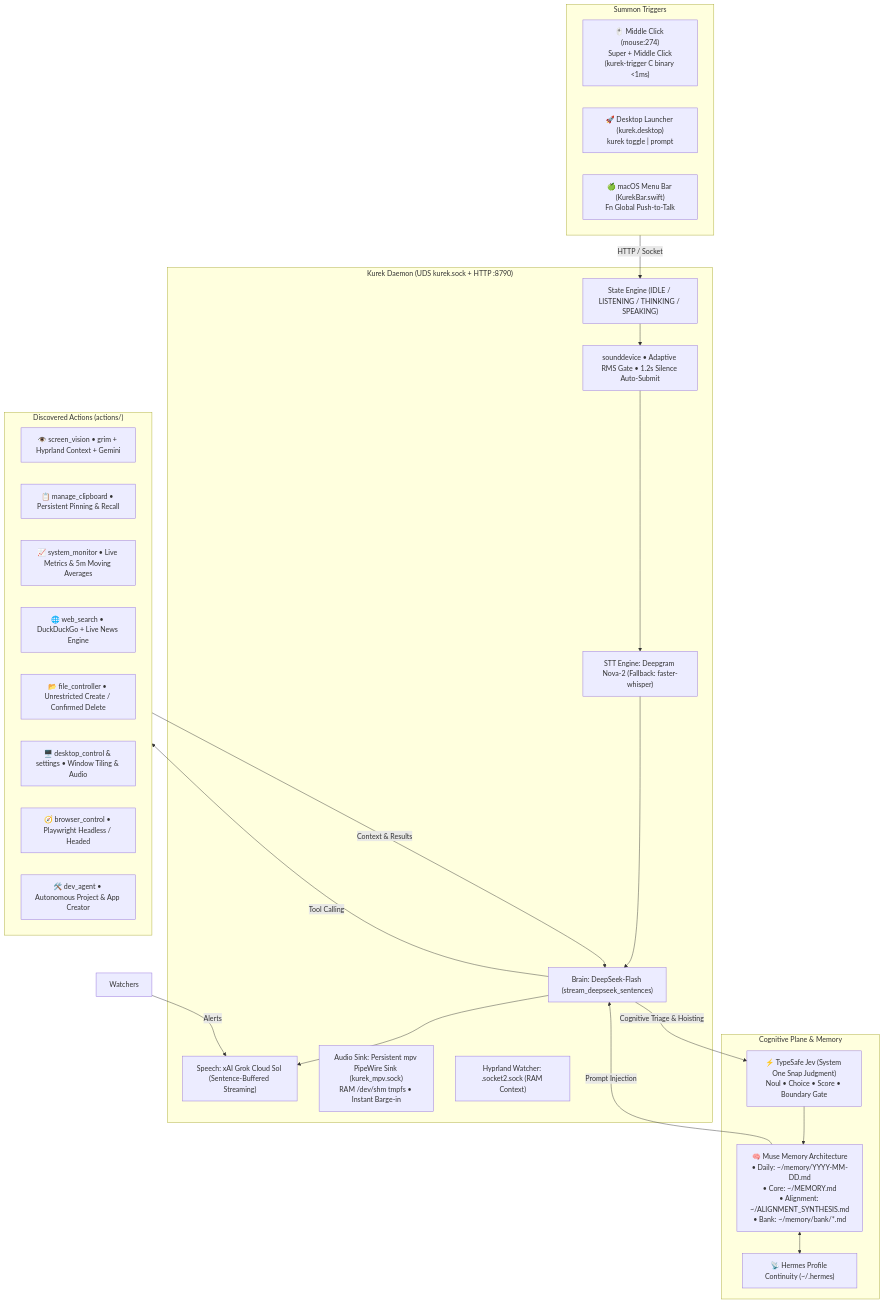
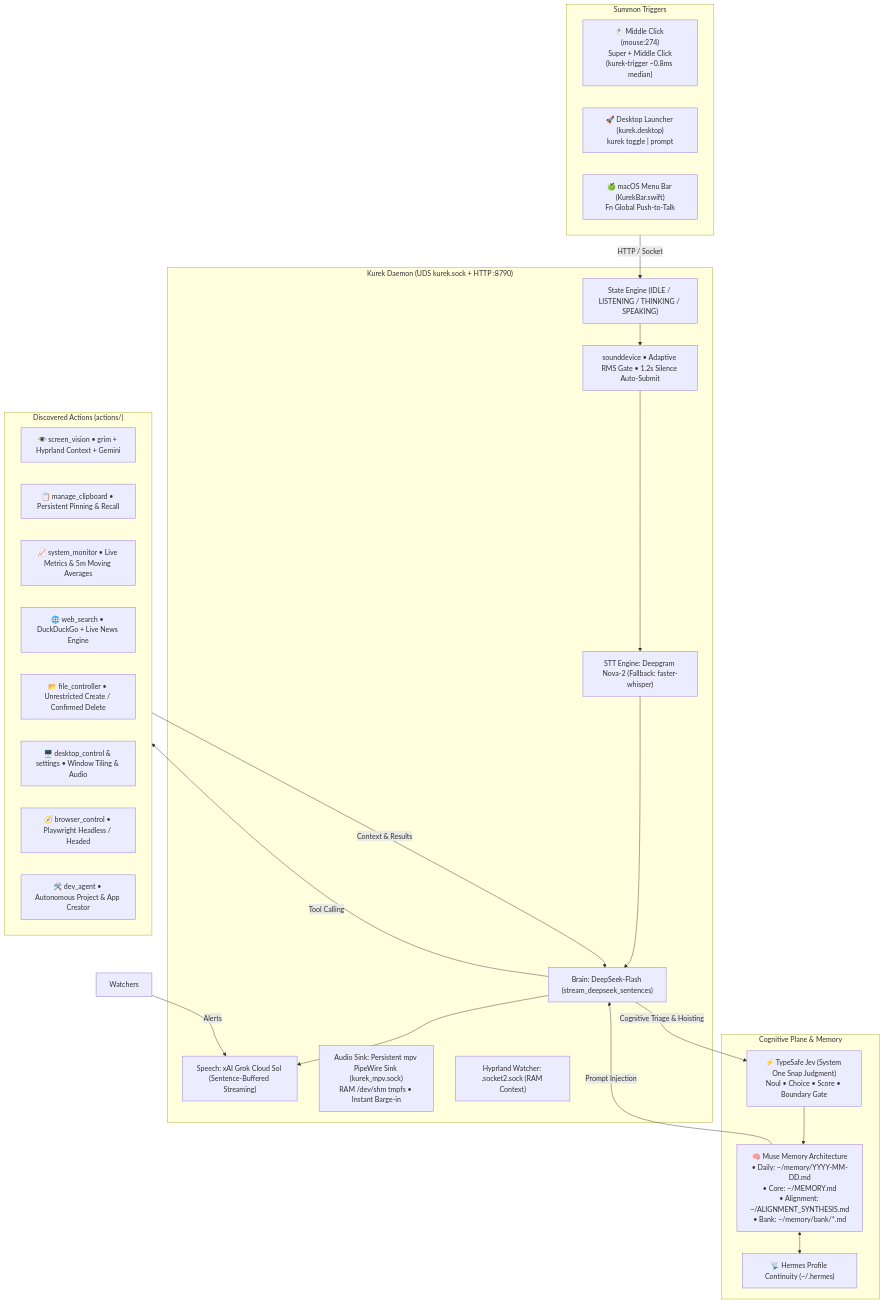
The diagram in README.md (nodaysidle/kureksistant), drawn with Mermaid before and after one commit. The commit also changed other lines of this file and 14 other files, not shown here.

````diff
--- a/README.md
+++ b/README.md
@@ -162,46 +163,46 @@
 ```mermaid
 flowchart TD
     subgraph Inputs ["Summon Triggers"]
-        Mouse["🖱️ Middle Click (mouse:274)\nSuper + Middle Click\n(kurek-trigger C binary <1ms)"]
+        Mouse["🖱️ Middle Click (mouse:274)\nSuper + Middle Click\n(kurek-trigger ~0.8ms median)"]
         Launcher["🚀 Desktop Launcher (kurek.desktop)\nkurek toggle | prompt"]
         MacBar["🍏 macOS Menu Bar (KurekBar.swift)\nFn Global Push-to-Talk"]
     end
 
     subgraph Daemon ["Kurek Daemon (UDS kurek.sock + HTTP :8790)"]
         State["State Engine (IDLE / LISTENING / THINKING / SPEAKING)"]
         Audio["sounddevice • Adaptive RMS Gate • 1.2s Silence Auto-Submit"]
         STT["STT Engine: Deepgram Nova-2 (Fallback: faster-whisper)"]
         LLM["Brain: DeepSeek-Flash (stream_deepseek_sentences)"]
         TTS["Speech: xAI Grok Cloud Sol (Sentence-Buffered Streaming)"]
         Sink["Audio Sink: Persistent mpv PipeWire Sink (kurek_mpv.sock)\nRAM /dev/shm tmpfs • Instant Barge-in"]
         HyprWatcher["Hyprland Watcher: .socket2.sock (RAM Context)"]
     end
 
     subgraph Cognition ["Cognitive Plane & Memory"]
         Jev["⚡ TypeSafe Jev (System One Snap Judgment)\nNoul • Choice • Score • Boundary Gate"]
         Muse["🧠 Muse Memory Architecture\n• Daily: ~/memory/YYYY-MM-DD.md\n• Core: ~/MEMORY.md\n• Alignment: ~/ALIGNMENT_SYNTHESIS.md\n• Bank: ~/memory/bank/*.md"]
         Hermes["📡 Hermes Profile Continuity (~/.hermes)"]
     end
 
     subgraph Tools ["Discovered Actions (actions/)"]
         Vision["👁️ screen_vision • grim + Hyprland Context + Gemini"]
         Clip["📋 manage_clipboard • Persistent Pinning & Recall"]
         Monitor["📈 system_monitor • Live Metrics & 5m Moving Averages"]
         Web["🌐 web_search • DuckDuckGo + Live News Engine"]
         Files["📂 file_controller • Unrestricted Create / Confirmed Delete"]
         Desktop["🖥️ desktop_control & settings • Window Tiling & Audio"]
         Browser["🧭 browser_control • Playwright Headless / Headed"]
         Dev["🛠️ dev_agent • Autonomous Project & App Creator"]
     end
 
     Inputs -->|HTTP / Socket| State
     State --> Audio --> STT --> LLM
     LLM -->|Cognitive Triage & Hoisting| Jev
     Jev --> Muse
     Muse <--> Hermes
     Muse -->|Prompt Injection| LLM
     LLM -->|Tool Calling| Tools
     Tools -->|Context & Results| LLM
     LLM --> TTS
     Watchers -->|Alerts| TTS
 ```
````
